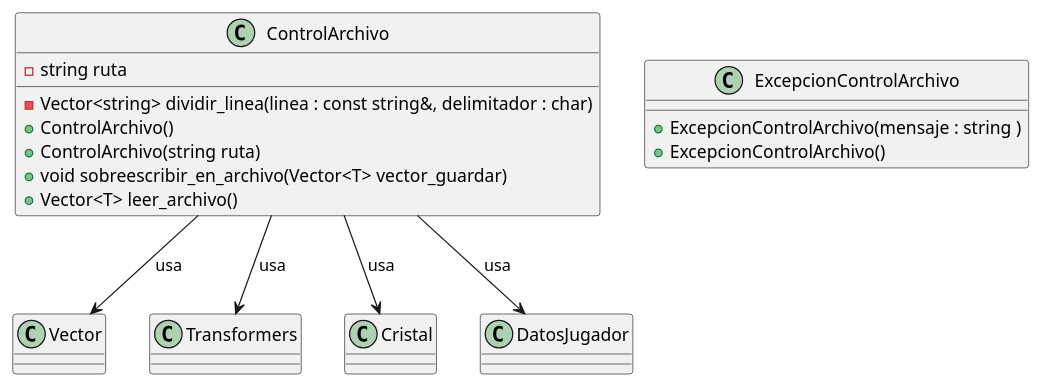
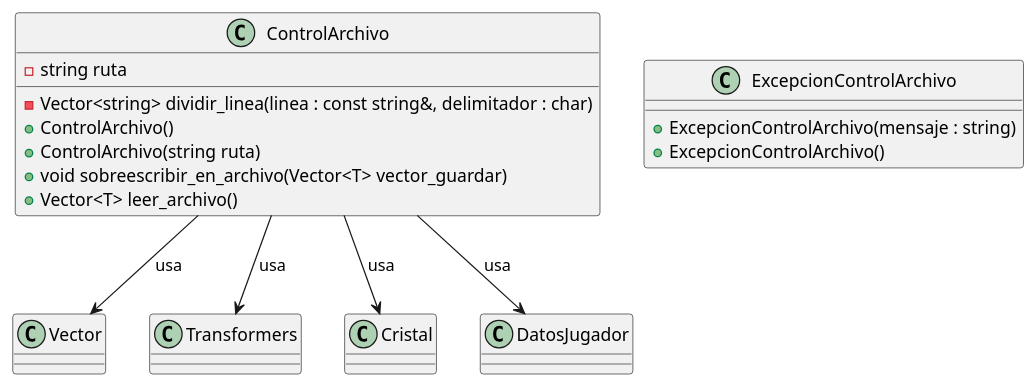
The diagram in Diagramas-UML/ControlArchivo.puml (guillsil/Transformers-Game), drawn with PlantUML before and after one commit. The commit also changed 1 other file, not shown here.

Commit message:
Diagrama UML DatosJugador

```diff
--- a/Diagramas-UML/ControlArchivo.puml
+++ b/Diagramas-UML/ControlArchivo.puml
@@ -1,28 +1,28 @@
 @startuml
 'https://plantuml.com/class-diagram
 class Vector
 class Transformers
 class Cristal
 class DatosJugador
 
 class ExcepcionControlArchivo {
-    + ExcepcionControlArchivo(mensaje : string )
+    + ExcepcionControlArchivo(mensaje : string)
     + ExcepcionControlArchivo()
 }
 
 class ControlArchivo {
     - string ruta
     - Vector<string> dividir_linea(linea : const string&, delimitador : char)
     + ControlArchivo()
     + ControlArchivo(string ruta)
     + void sobreescribir_en_archivo(Vector<T> vector_guardar)
     + Vector<T> leer_archivo()
 }
 
 ' Relaciones
 ControlArchivo --> Vector : "usa"
 ControlArchivo --> Transformers : "usa"
 ControlArchivo --> Cristal : "usa"
 ControlArchivo --> DatosJugador : "usa"
 
 @enduml
```
